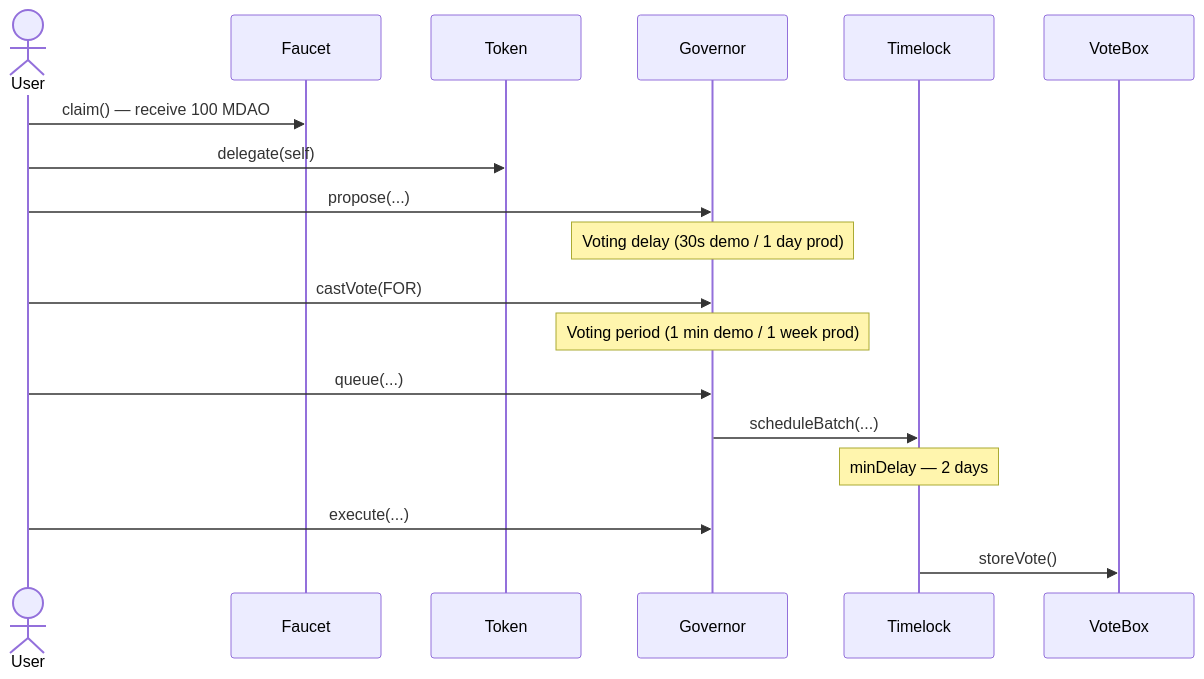
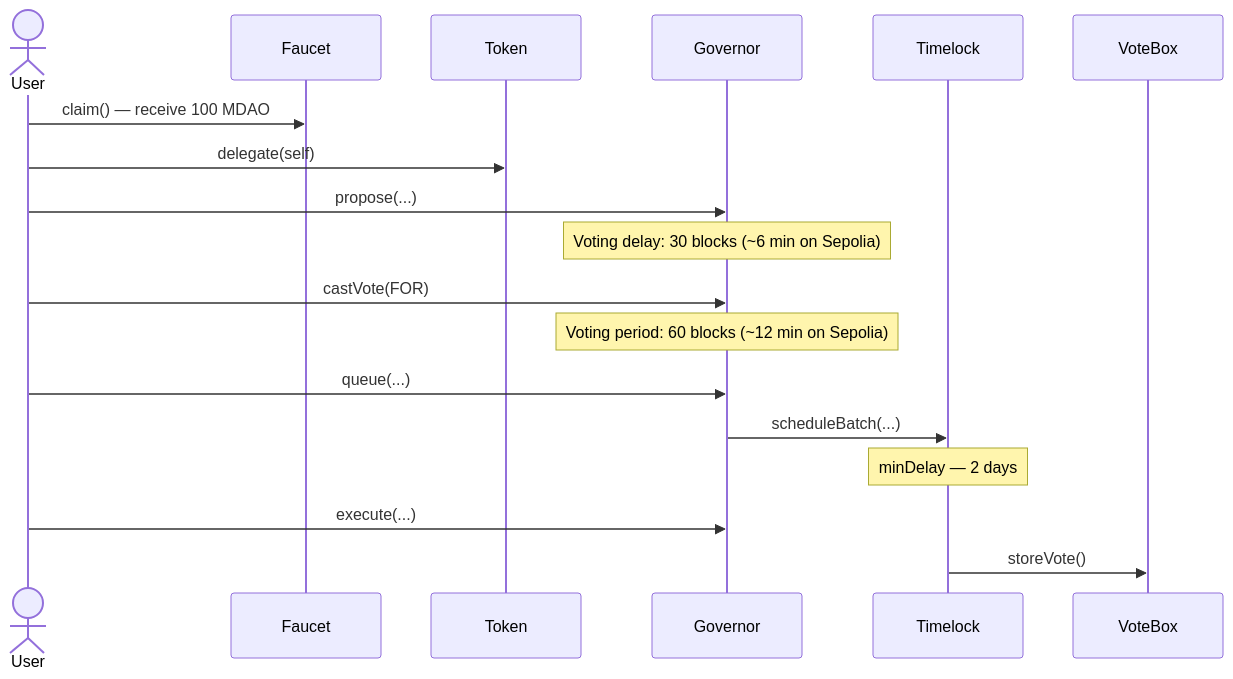
Before and after one commit to VxxxxC/mini_dao: the diagram in README.md, drawn with Mermaid. The commit also changed other lines of this file, not shown here.

````diff
--- a/README.md
+++ b/README.md
@@ -42,21 +58,21 @@
 ```mermaid
 sequenceDiagram
     actor User
     participant Faucet
     participant Token
     participant Governor
     participant Timelock
     participant VoteBox
 
     User->>Faucet: claim() — receive 100 MDAO
     User->>Token: delegate(self)
     User->>Governor: propose(...)
-    Note over Governor: Voting delay (30s demo / 1 day prod)
+    Note over Governor: Voting delay: 30 blocks (~6 min on Sepolia)
     User->>Governor: castVote(FOR)
-    Note over Governor: Voting period (1 min demo / 1 week prod)
+    Note over Governor: Voting period: 60 blocks (~12 min on Sepolia)
     User->>Governor: queue(...)
     Governor->>Timelock: scheduleBatch(...)
     Note over Timelock: minDelay — 2 days
     User->>Governor: execute(...)
     Timelock->>VoteBox: storeVote()
 ```
````
